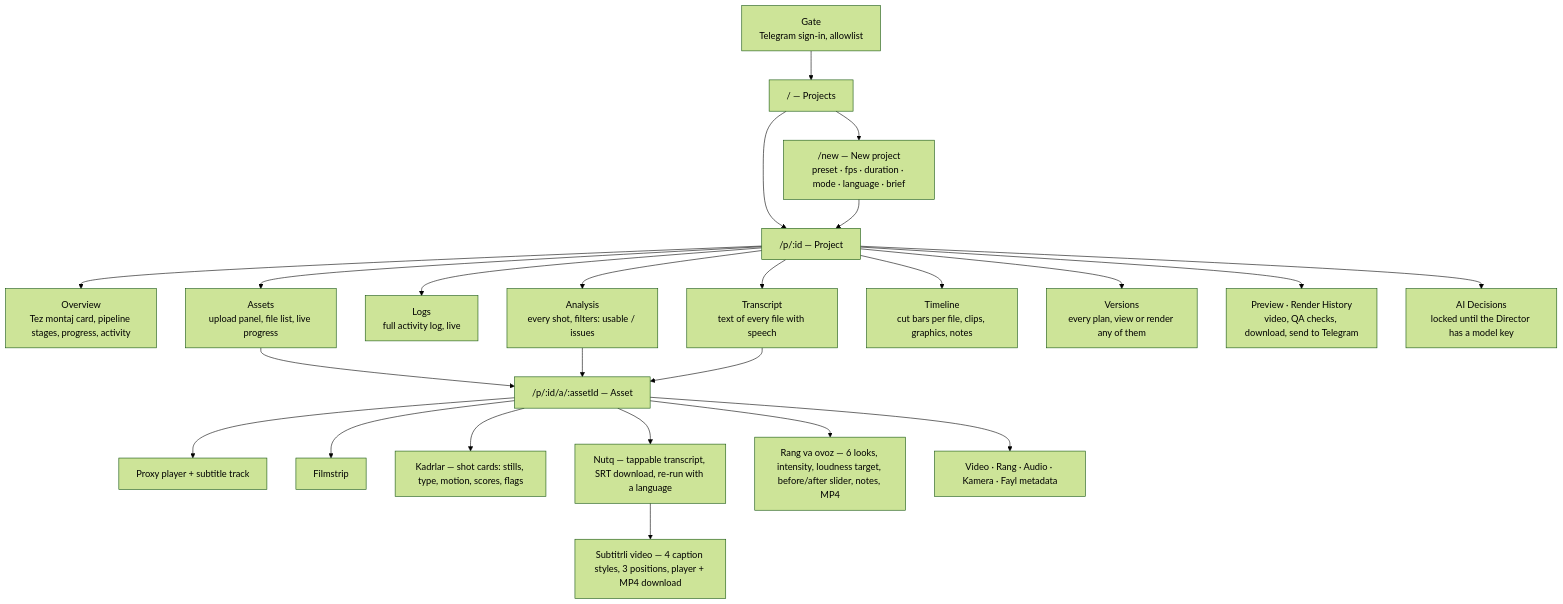
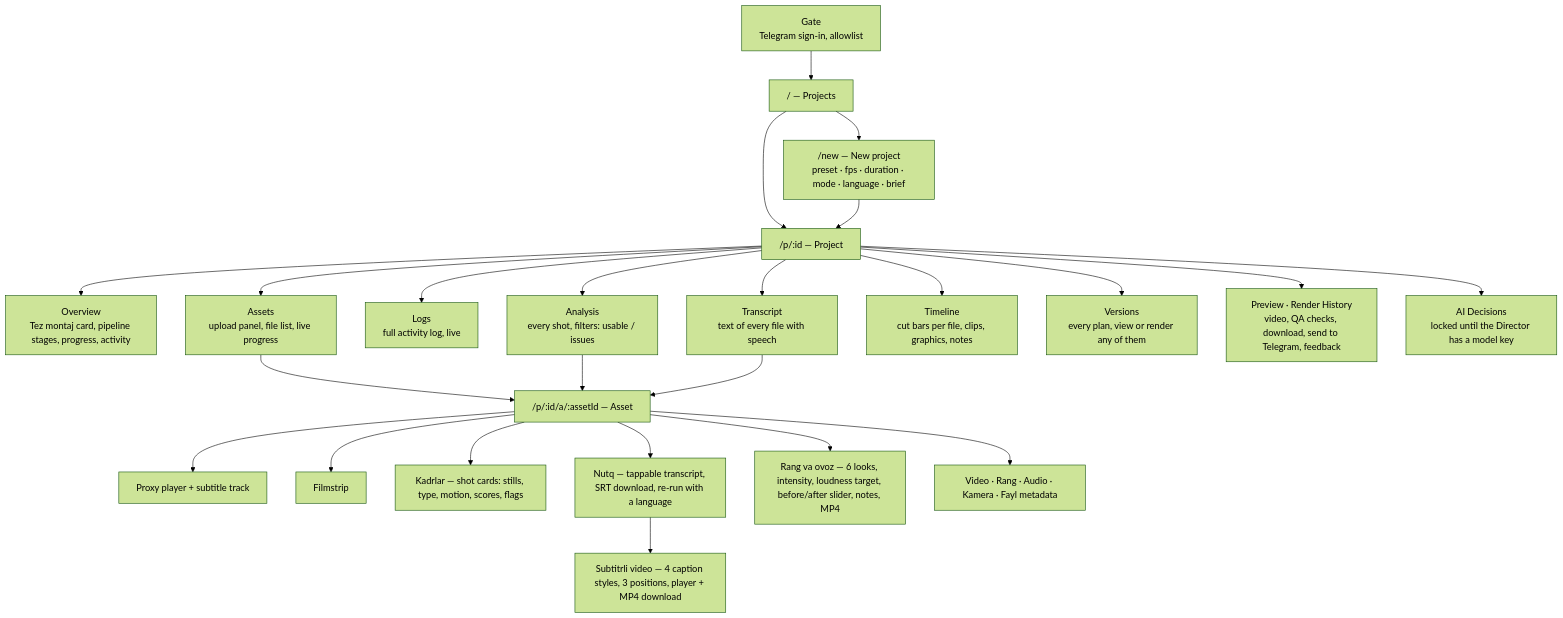
One commit to bluecore-dev/synthcut changed the diagram in docs/SITEMAP.md. Above: the diagram before and after it, drawn with Mermaid (forest theme). The commit also changed other lines of this file and 23 other files, not shown here.

````diff
--- a/docs/SITEMAP.md
+++ b/docs/SITEMAP.md
@@ -10,26 +10,26 @@
 ```mermaid
 flowchart TD
     G[Gate<br/>Telegram sign-in, allowlist] --> H["/ — Projects"]
     H --> N["/new — New project<br/>preset · fps · duration · mode · language · brief"]
     H --> P["/p/:id — Project"]
     N --> P
     P --> T1[Overview<br/>Tez montaj card, pipeline stages, progress, activity]
     P --> T2[Assets<br/>upload panel, file list, live progress]
     P --> T3[Logs<br/>full activity log, live]
     P --> T4[Analysis<br/>every shot, filters: usable / issues]
     P --> T5[Transcript<br/>text of every file with speech]
     P --> T6[Timeline<br/>cut bars per file, clips, graphics, notes]
     P --> T7[Versions<br/>every plan, view or render any of them]
-    P --> T8[Preview · Render History<br/>video, QA checks, download, send to Telegram]
+    P --> T8[Preview · Render History<br/>video, QA checks, download, send to Telegram, feedback]
     P --> T9[AI Decisions<br/>locked until the Director has a model key]
     T2 --> A["/p/:id/a/:assetId — Asset"]
     T4 --> A
     T5 --> A
     A --> A1[Proxy player + subtitle track]
     A --> A2[Filmstrip]
     A --> A3[Kadrlar — shot cards: stills, type, motion, scores, flags]
     A --> A4[Nutq — tappable transcript, SRT download, re-run with a language]
     A4 --> A6[Subtitrli video — 4 caption styles, 3 positions, player + MP4 download]
     A --> A7[Rang va ovoz — 6 looks, intensity, loudness target, before/after slider, notes, MP4]
     A --> A5[Video · Rang · Audio · Kamera · Fayl metadata]
 ```
````
